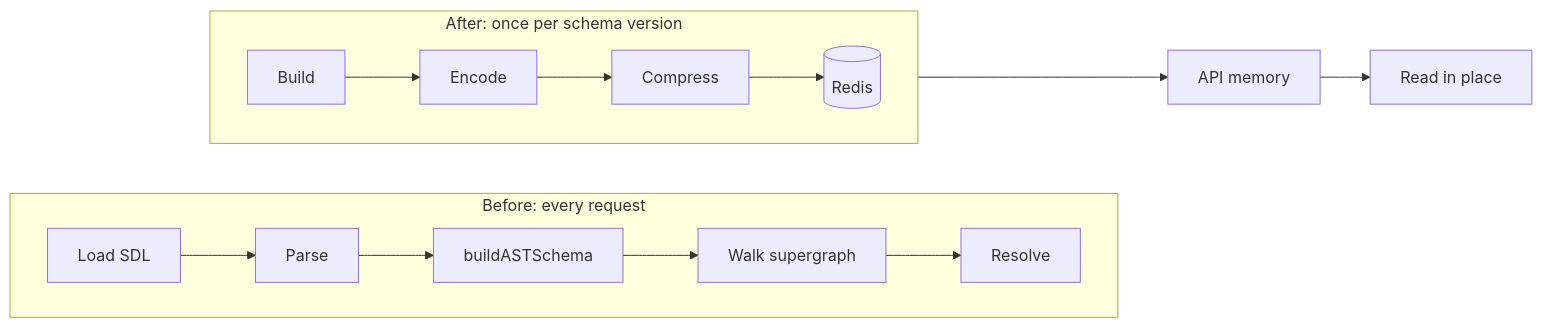
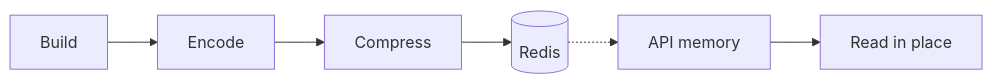
Before and after one commit to the-guild-org/website: the second of 3 diagrams in website/src/hive/documentation/content/blog/hive-console-schema-explorer-binary-snapshots/index.mdx, drawn with Mermaid. The commit also changed other lines of this file, not shown here.

Commit message:
split diagram

````diff
--- a/website/src/hive/documentation/content/blog/hive-console-schema-explorer-binary-snapshots/index.mdx
+++ b/website/src/hive/documentation/content/blog/hive-console-schema-explorer-binary-snapshots/index.mdx
@@ -79,12 +89,4 @@
 ```mermaid
 flowchart LR
-  subgraph Before["Before: every request"]
-    direction LR
-    A[Load SDL] --> B[Parse] --> C[buildASTSchema] --> D[Walk supergraph] --> E[Resolve]
-  end
-  subgraph After["After: once per schema version"]
-    direction LR
-    F[Build] --> G[Encode] --> H[Compress] --> I[(Redis)]
-  end
-  I --> J[API memory] --> K[Read in place]
+  F[Build] --> G[Encode] --> H[Compress] --> I[(Redis)] -.-> J[API memory] --> K[Read in place]
 ```
````
